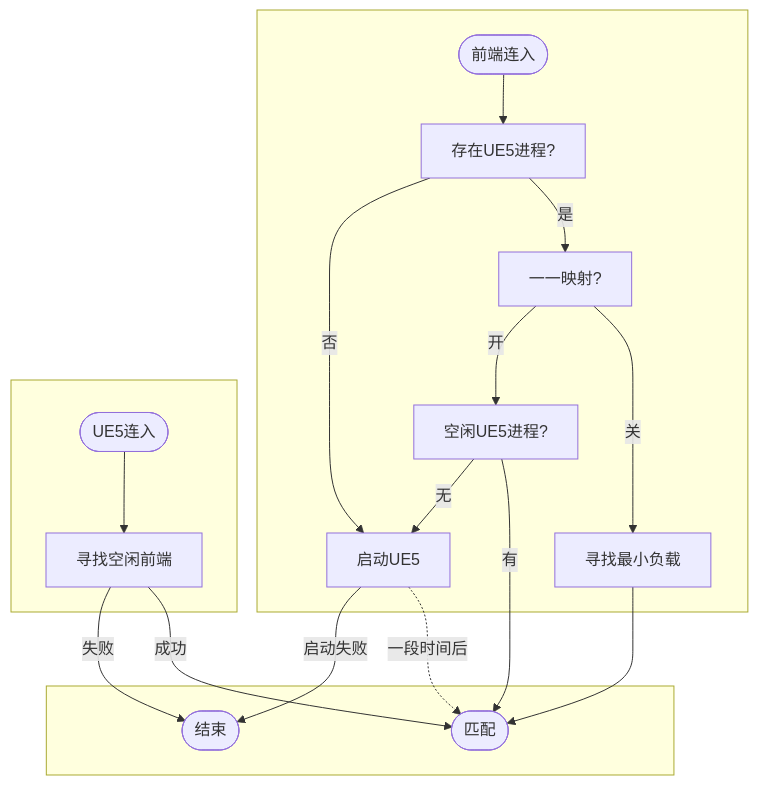
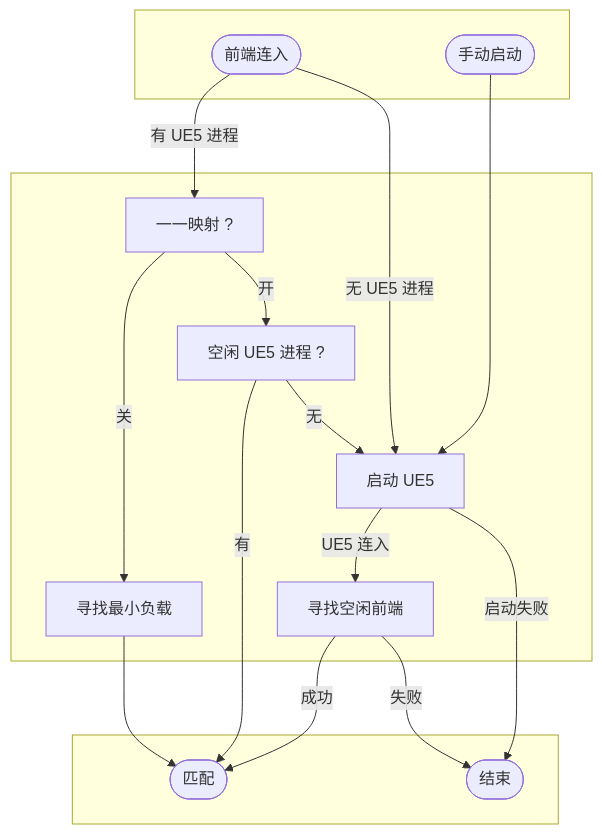
The diagram in README-zh.md (Mu-L/peer-stream), drawn with Mermaid before and after one commit.

````diff
--- a/README-zh.md
+++ b/README-zh.md
@@ -65,37 +65,34 @@
 ```mermaid
 flowchart TD;
-        
-
-    subgraph  
+    subgraph   
         finish([结束]);
         match([匹配]);
     end
-    
-        start -.一段时间后.-> match;
+
+    subgraph  
+        UE5([前端连入]);
+        manual([手动启动])
+    end
+
+    subgraph  
+        start --UE5 连入--> 寻找空闲前端;
         idle --有--> match;
         start --启动失败--> finish;
         map121 --关--> min --> match;  
-
-    subgraph  
-        map121[一一映射?];
-        UE5[存在UE5进程?];
-        join([前端连入]);
-        start[启动UE5];
-        idle[空闲UE5进程?];
+       
+        map121[一一映射 ?];
+        start[启动 UE5];
+        idle[空闲 UE5 进程 ?];
         min[寻找最小负载];
     
-        join --> UE5;
         idle --无--> start;
-        UE5 --是--> map121;
+        UE5 -- 有 UE5 进程 --> map121;
         map121 --开--> idle; 
-        UE5 --否--> start;
-    end
-    
-    subgraph  
-        a([UE5连入]) --> 寻找空闲前端  ;
-    
+        UE5 -- 无 UE5 进程 --> start;
+       
         寻找空闲前端 --成功--> match;
         寻找空闲前端 --失败--> finish;
+
+        manual  ----> start;
     end
-
 ```
````
